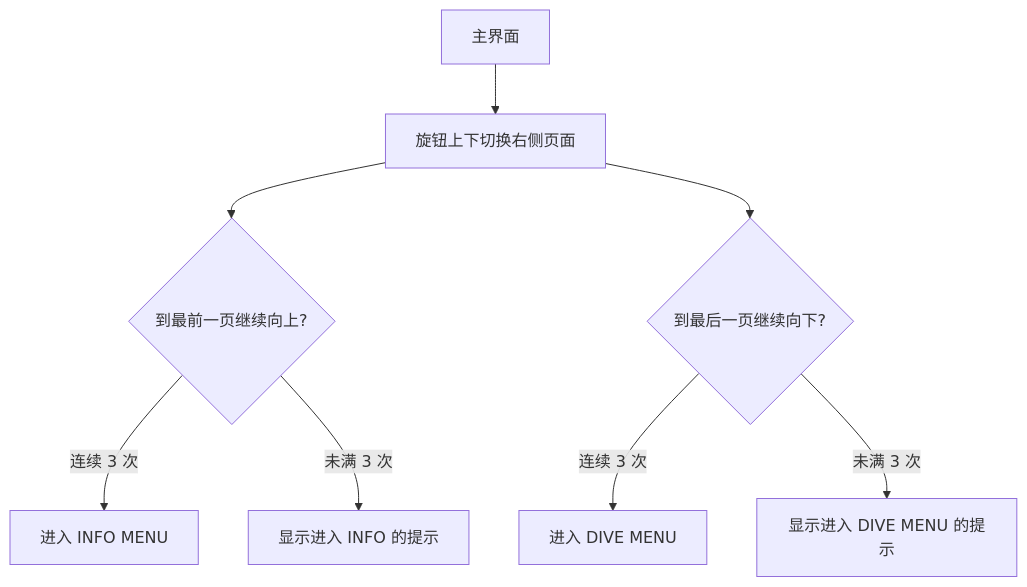
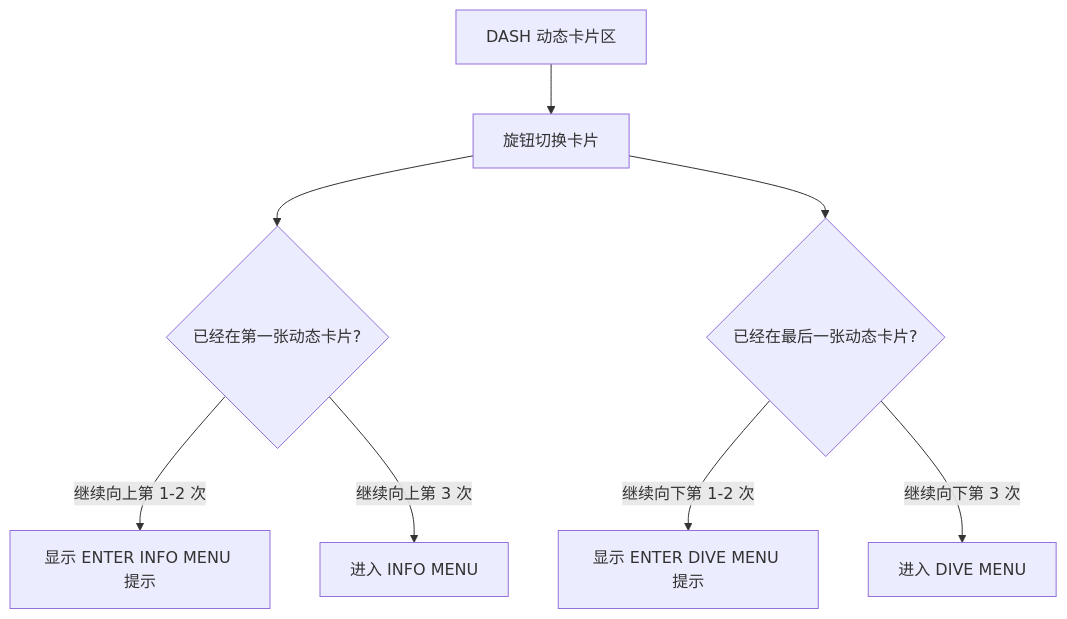
One commit to arexvision/lv_port_win_codeblocks-release-v8.3_hasGroup changed the second of 7 diagrams in UI_html_DOC/UI_STATE_LOGIC.md. Above: the diagram before and after it, drawn with Mermaid. The commit also changed other lines of this file, not shown here.

````diff
--- a/UI_html_DOC/UI_STATE_LOGIC.md
+++ b/UI_html_DOC/UI_STATE_LOGIC.md
@@ -44,11 +59,10 @@
 ```mermaid
 flowchart TB
-    Main["主界面"] --> Rotate["旋钮上下切换右侧页面"]
-    Rotate --> First{"到最前一页继续向上?"}
-    First -->|"连续 3 次"| Info["进入 INFO MENU"]
-    First -->|"未满 3 次"| WallTop["显示进入 INFO 的提示"]
-
-    Rotate --> Last{"到最后一页继续向下?"}
-    Last -->|"连续 3 次"| DiveMenu["进入 DIVE MENU"]
-    Last -->|"未满 3 次"| WallBottom["显示进入 DIVE MENU 的提示"]
+    Dash["DASH 动态卡片区"] --> Rotate["旋钮切换卡片"]
+    Rotate --> First{"已经在第一张动态卡片?"}
+    First -->|"继续向上第 1-2 次"| InfoHint["显示 ENTER INFO MENU 提示"]
+    First -->|"继续向上第 3 次"| Info["进入 INFO MENU"]
+    Rotate --> Last{"已经在最后一张动态卡片?"}
+    Last -->|"继续向下第 1-2 次"| SetupHint["显示 ENTER DIVE MENU 提示"]
+    Last -->|"继续向下第 3 次"| Setup["进入 DIVE MENU"]
 ```
````
